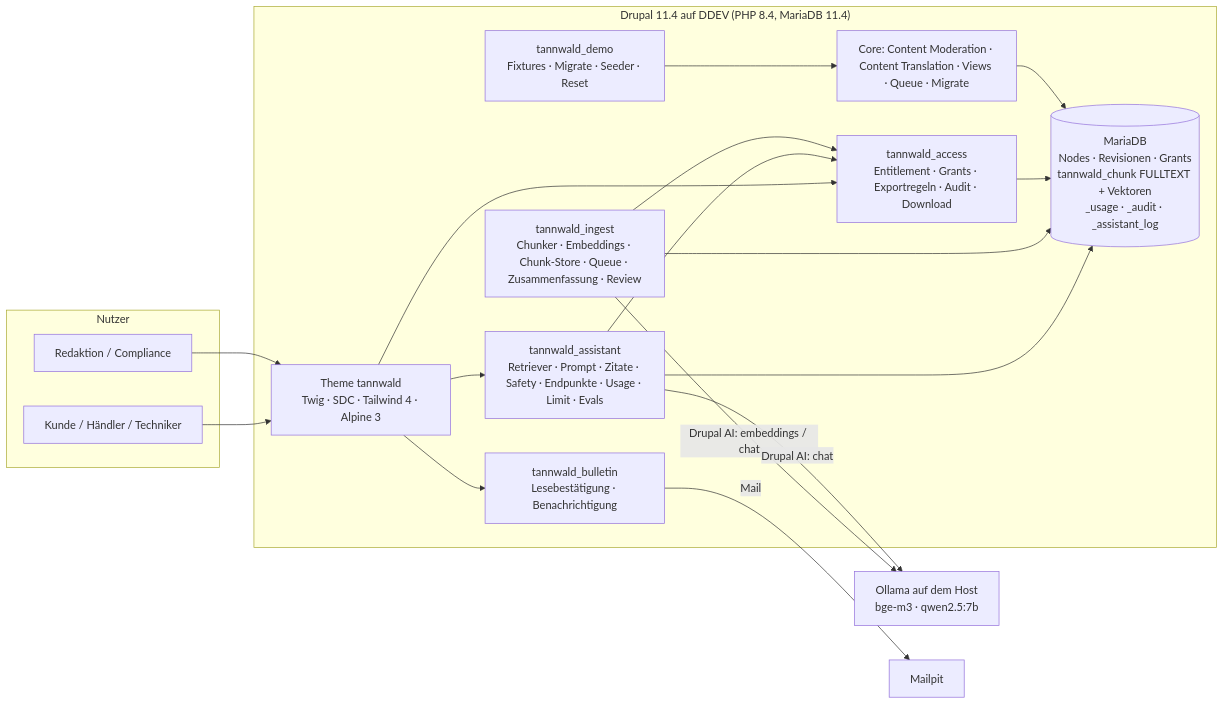
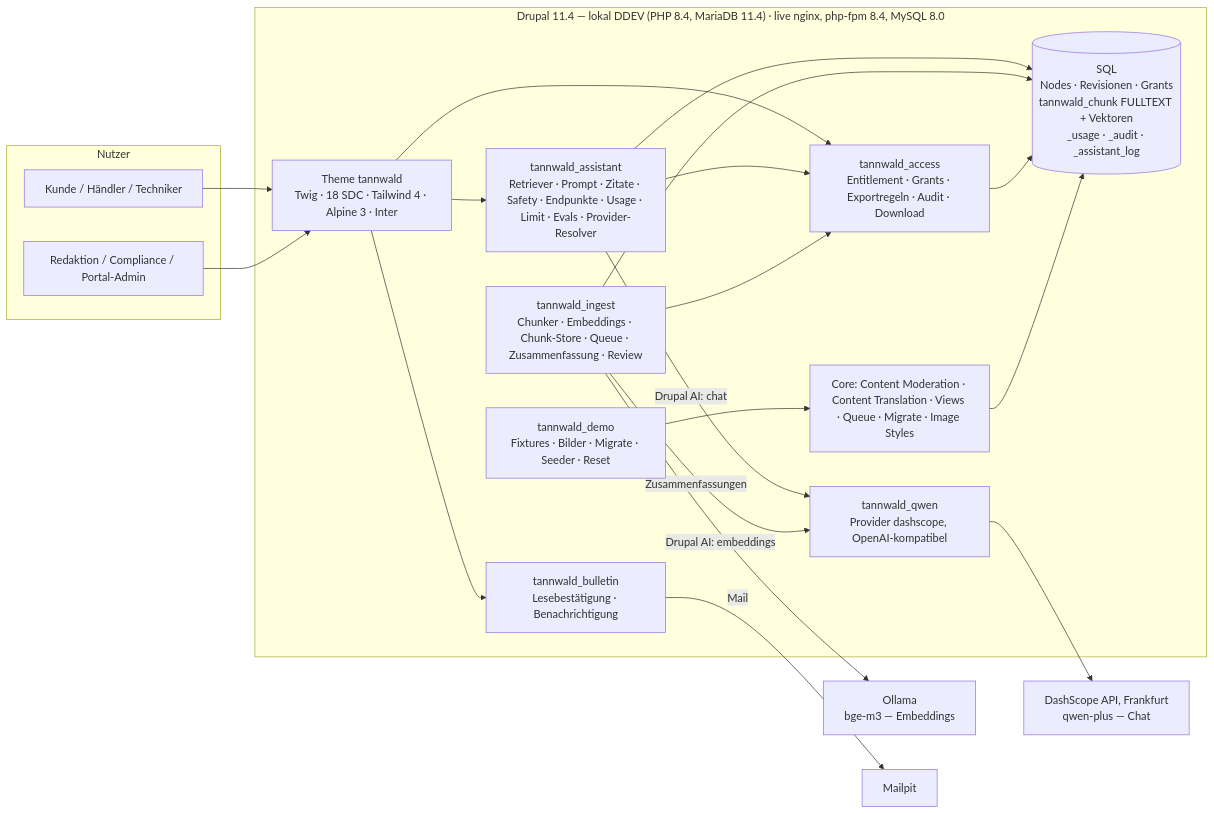
One commit to JoshuaKucharski/tannwald-portal changed the diagram in README.md. Above: the diagram before and after it, drawn with Mermaid. The commit also changed other lines of this file and 9 other files, not shown here.

Commit message:
5.1 docs: README as landing page for the live demo (live demo, design, assistant via Qwen API, operations, images, phase 2 changelog), six WebP screens and GIF after the storyboard, design guidelines v2 and comparison sheets in docs/design

````diff
--- a/README.md
+++ b/README.md
@@ -103,34 +184,38 @@
 ```mermaid
 flowchart LR
   subgraph Nutzer
     K[Kunde / Händler / Techniker]
-    R[Redaktion / Compliance]
+    R[Redaktion / Compliance / Portal-Admin]
   end
-  subgraph Drupal["Drupal 11.4 auf DDEV (PHP 8.4, MariaDB 11.4)"]
-    T[Theme tannwald<br/>Twig · SDC · Tailwind 4 · Alpine 3]
+  subgraph Drupal["Drupal 11.4 — lokal DDEV (PHP 8.4, MariaDB 11.4) · live nginx, php-fpm 8.4, MySQL 8.0"]
+    T[Theme tannwald<br/>Twig · 18 SDC · Tailwind 4 · Alpine 3 · Inter]
     A[tannwald_access<br/>Entitlement · Grants · Exportregeln · Audit · Download]
     B[tannwald_bulletin<br/>Lesebestätigung · Benachrichtigung]
     I[tannwald_ingest<br/>Chunker · Embeddings · Chunk-Store · Queue · Zusammenfassung · Review]
-    S[tannwald_assistant<br/>Retriever · Prompt · Zitate · Safety · Endpunkte · Usage · Limit · Evals]
-    D[tannwald_demo<br/>Fixtures · Migrate · Seeder · Reset]
-    W[Core: Content Moderation · Content Translation · Views · Queue · Migrate]
-    DB[(MariaDB<br/>Nodes · Revisionen · Grants<br/>tannwald_chunk FULLTEXT + Vektoren<br/>_usage · _audit · _assistant_log)]
+    S[tannwald_assistant<br/>Retriever · Prompt · Zitate · Safety · Endpunkte · Usage · Limit · Evals · Provider-Resolver]
+    Q[tannwald_qwen<br/>Provider dashscope, OpenAI-kompatibel]
+    D[tannwald_demo<br/>Fixtures · Bilder · Migrate · Seeder · Reset]
+    W[Core: Content Moderation · Content Translation · Views · Queue · Migrate · Image Styles]
+    DB[(SQL<br/>Nodes · Revisionen · Grants<br/>tannwald_chunk FULLTEXT + Vektoren<br/>_usage · _audit · _assistant_log)]
   end
-  O[Ollama auf dem Host<br/>bge-m3 · qwen2.5:7b]
+  O[Ollama<br/>bge-m3 — Embeddings]
+  X[DashScope API, Frankfurt<br/>qwen-plus — Chat]
   M[Mailpit]
   K --> T
   R --> T
   T --> A
   T --> B
   T --> S
   S --> A
   I --> A
   S --> DB
   I --> DB
   A --> DB
   W --> DB
   D --> W
-  I -- "Drupal AI: embeddings / chat" --> O
-  S -- "Drupal AI: chat" --> O
+  I -- "Drupal AI: embeddings" --> O
+  S -- "Drupal AI: chat" --> Q
+  I -- "Zusammenfassungen" --> Q
+  Q --> X
   B -- "Mail" --> M
 ```
````
